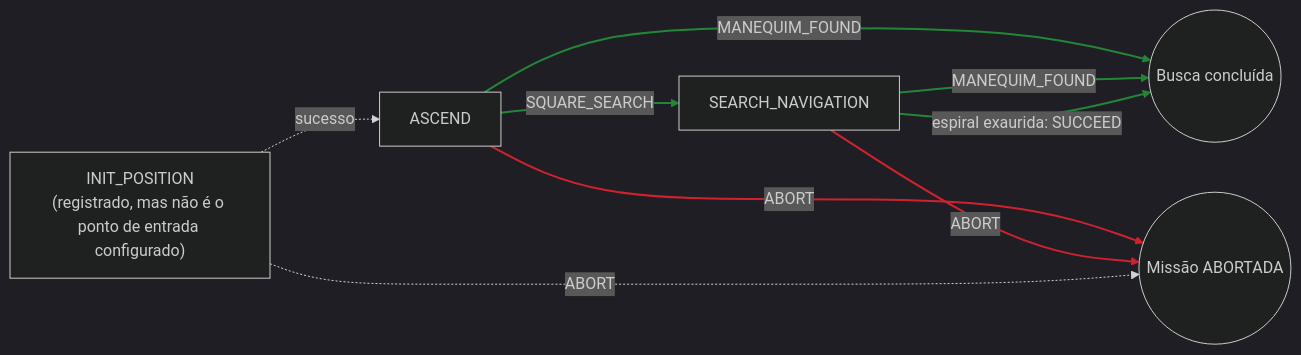
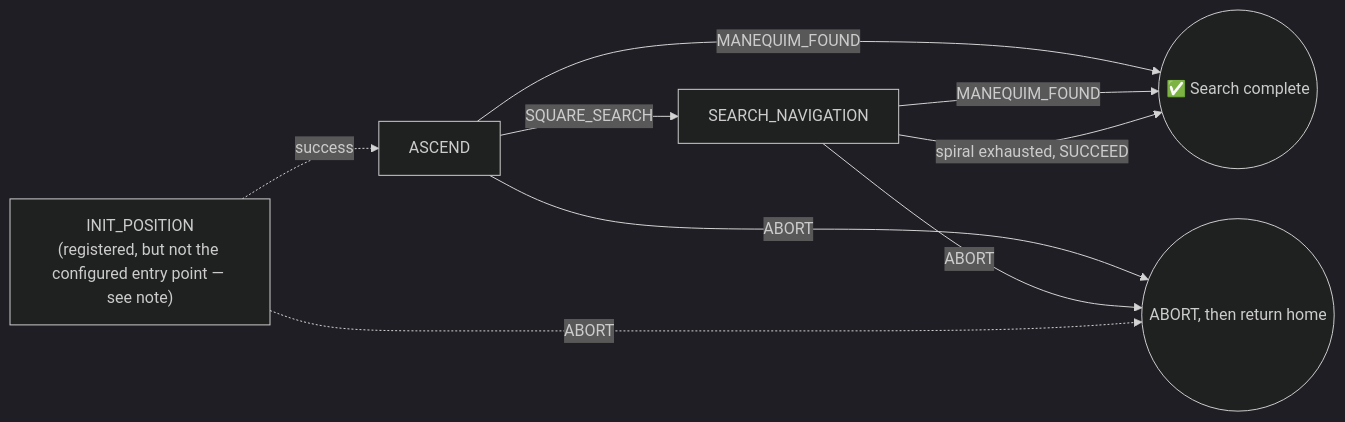
One commit to Black-Bee-Drones/imav-2026 changed the third of 4 diagrams in manequim/README.md. Above: the diagram before and after it, drawn with Mermaid (dark theme). The commit also changed other lines of this file and 13 other files, not shown here.

````diff
--- a/manequim/README.md
+++ b/manequim/README.md
@@ -153,14 +142,11 @@
 ```mermaid
 flowchart LR
-    Z["INIT_POSITION<br/>(registrado, mas não é o ponto de entrada configurado)"] -.->|sucesso| B
+    Z["INIT_POSITION<br/>(registered, but not the configured entry point — see note)"] -.->|success| B
     B[ASCEND] -->|SQUARE_SEARCH| C[SEARCH_NAVIGATION]
-    B -->|MANEQUIM_FOUND| D((Busca concluída))
+    B -->|MANEQUIM_FOUND| D((✅ Search complete))
     C -->|MANEQUIM_FOUND| D
-    C -->|espiral exaurida: SUCCEED| D
-    B -->|ABORT| X((Missão ABORTADA))
+    C -->|spiral exhausted, SUCCEED| D
+    B -->|ABORT| X((ABORT, then return home))
     C -->|ABORT| X
     Z -.->|ABORT| X
-
-    linkStyle 1,2,3,4 stroke:#238636,stroke-width:2px
-    linkStyle 5,6 stroke:#cf222e,stroke-width:2px
 ```
````
